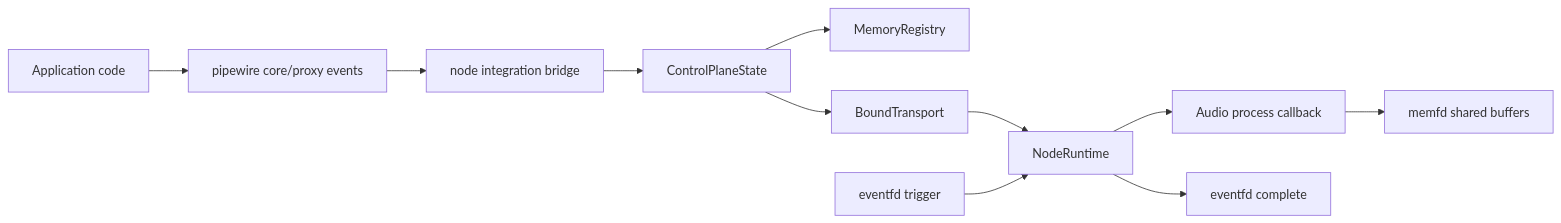
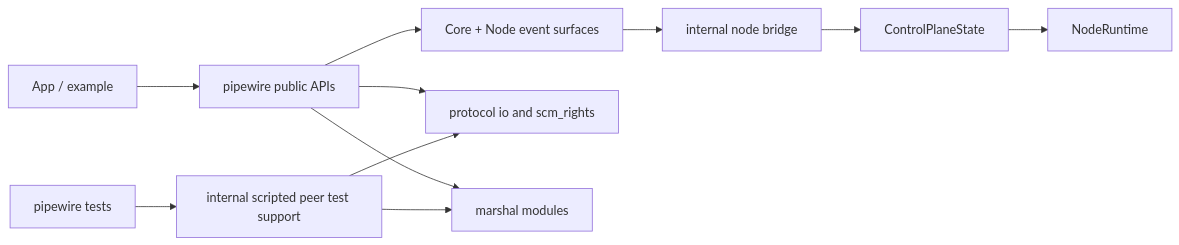
One commit to rektide/pipewire-native-rs changed the diagram in doc/discovery/merge.md. Above: the diagram before and after it, drawn with Mermaid. The commit also changed other lines of this file, not shown here.

Commit message:
Rework merge narrative around node integration gaps

````diff
--- a/doc/discovery/merge.md
+++ b/doc/discovery/merge.md
@@ -59,25 +60,25 @@
 ```mermaid
 flowchart LR
-    App[Application code]
-    PipewireCore[pipewire core/proxy events]
-    NodeBridge[node integration bridge]
-    ControlState[ControlPlaneState]
-    MemReg[MemoryRegistry]
-    Bound[BoundTransport]
+    App[App / example]
+    PipewireAPI[pipewire public APIs]
+    CoreNodeEvents[Core + Node event surfaces]
+    NodeBridge[internal node bridge]
+    CPState[ControlPlaneState]
+    ProtoIO[protocol io and scm_rights]
+    Marshal[marshal modules]
     Runtime[NodeRuntime]
-    Callback[Audio process callback]
-    Shm[memfd shared buffers]
-    Trigger[eventfd trigger]
-    Ack[eventfd complete]
+    ScriptedPeer[internal scripted peer test support]
+    Tests[pipewire tests]
 
-    App --> PipewireCore
-    PipewireCore --> NodeBridge
-    NodeBridge --> ControlState
-    ControlState --> MemReg
-    ControlState --> Bound
-    Bound --> Runtime
-    Runtime --> Callback
-    Callback --> Shm
-    Trigger --> Runtime
-    Runtime --> Ack
+    App --> PipewireAPI
+    PipewireAPI --> CoreNodeEvents
+    CoreNodeEvents --> NodeBridge
+    NodeBridge --> CPState
+    CPState --> Runtime
+
+    PipewireAPI --> Marshal
+    PipewireAPI --> ProtoIO
+    ScriptedPeer --> Marshal
+    ScriptedPeer --> ProtoIO
+    Tests --> ScriptedPeer
 ```
````
